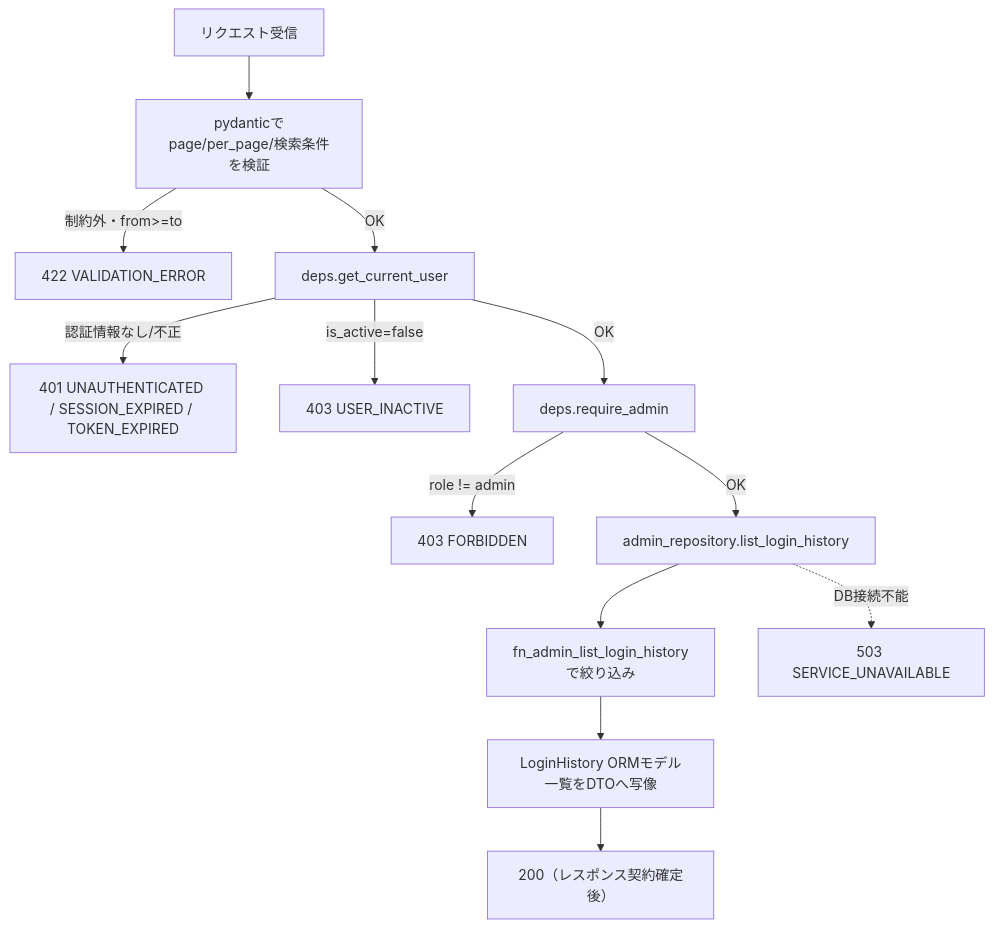
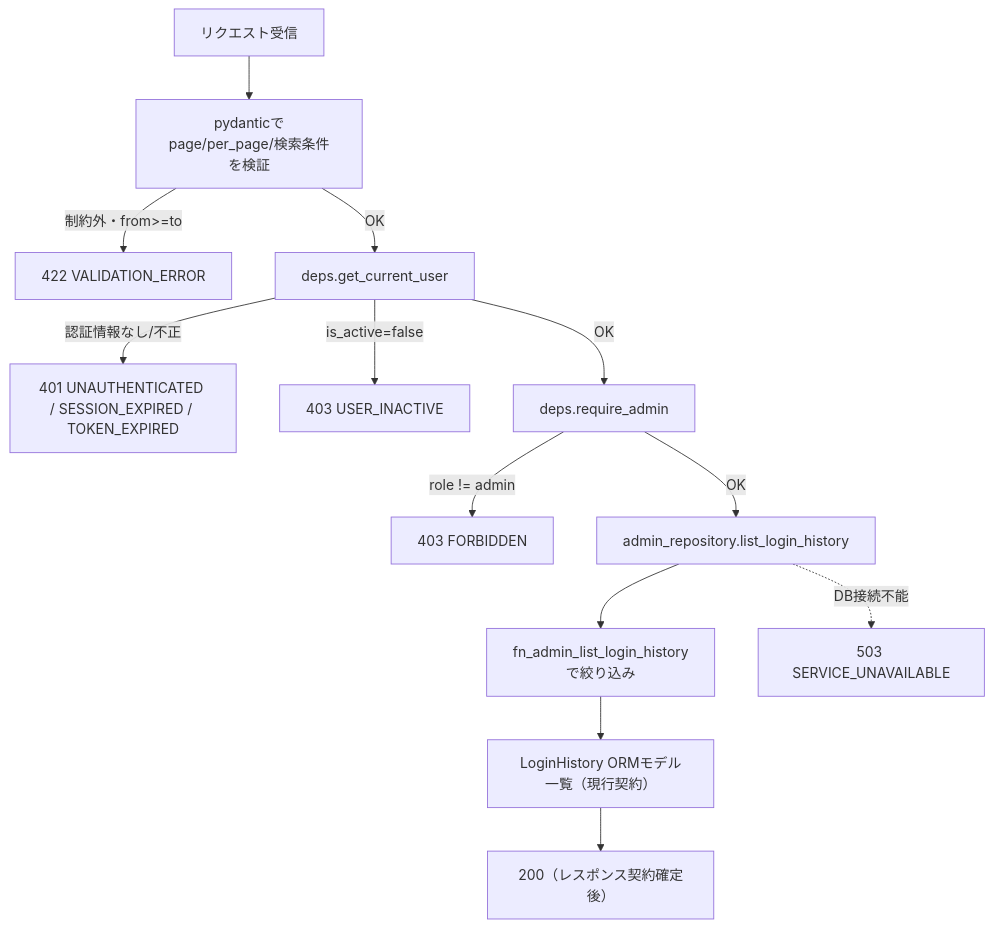
Before and after one commit to oikawa-d/task_management: the second of 4 diagrams in docs/detailed_design/api/admin/07_get_admin_login_history.md, drawn with Mermaid.

Commit message:
docs: 管理者履歴の現行フローを修正

````diff
--- a/docs/detailed_design/api/admin/07_get_admin_login_history.md
+++ b/docs/detailed_design/api/admin/07_get_admin_login_history.md
@@ -133,15 +133,15 @@
 ```mermaid
 flowchart TB
     A["リクエスト受信"] --> B["pydanticでpage/per_page/検索条件を検証"]
     B -->|"制約外・from>=to"| B1["422 VALIDATION_ERROR"]
     B -->|"OK"| C["deps.get_current_user"]
     C -->|"認証情報なし/不正"| C1["401 UNAUTHENTICATED / SESSION_EXPIRED / TOKEN_EXPIRED"]
     C -->|"is_active=false"| C2["403 USER_INACTIVE"]
     C -->|"OK"| E["deps.require_admin"]
     E -->|"role != admin"| E1["403 FORBIDDEN"]
     E -->|"OK"| F["admin_repository.list_login_history"]
     F --> G["fn_admin_list_login_historyで絞り込み"]
-    G --> H["LoginHistory ORMモデル一覧をDTOへ写像"]
+    G --> H["LoginHistory ORMモデル一覧（現行契約）"]
     H --> I["200（レスポンス契約確定後）"]
     F -.->|"DB接続不能"| J["503 SERVICE_UNAVAILABLE"]
 ```
````
